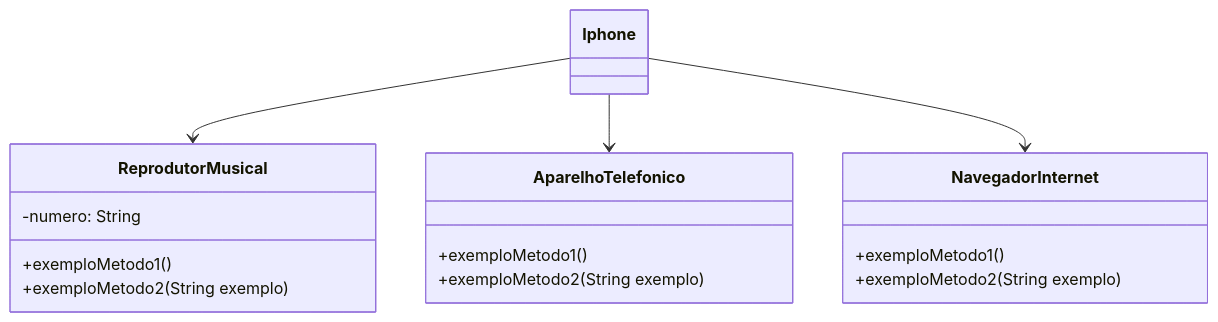
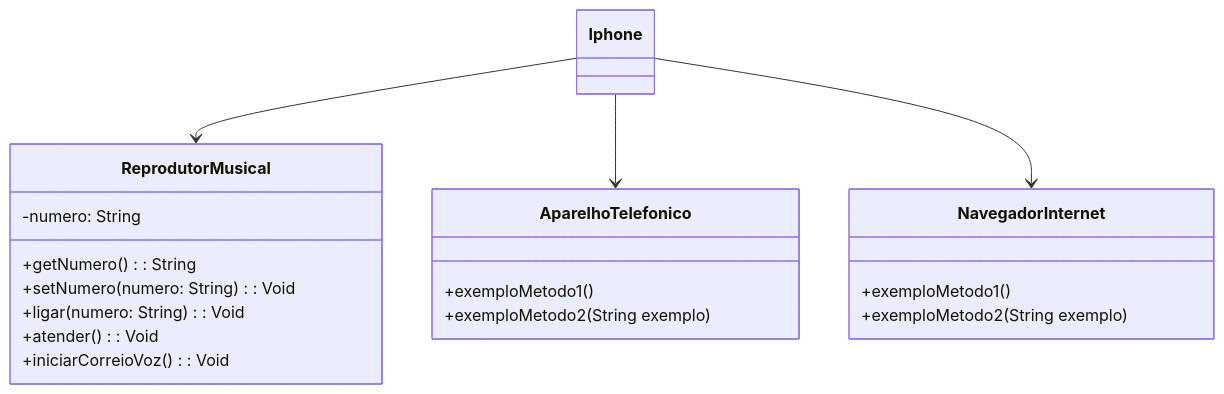
Before and after one commit to ArmandoMartins1/Java-dio-DesafioUML: the diagram in README.md, drawn with Mermaid.

````diff
--- a/README.md
+++ b/README.md
@@ -9,25 +9,28 @@
 ```mermaid
 classDiagram
     class ReprodutorMusical {
         -numero: String
-        +exemploMetodo1()
-        +exemploMetodo2(String exemplo)
+        +getNumero(): String
+        +setNumero(numero: String): Void
+        +ligar(numero: String): Void
+        +atender(): Void
+        +iniciarCorreioVoz(): Void
     }
 
     class AparelhoTelefonico {
         +exemploMetodo1()
         +exemploMetodo2(String exemplo)
     }
 
     class NavegadorInternet {
         +exemploMetodo1()
         +exemploMetodo2(String exemplo)
     }
 
     class Iphone {
     }
 
     Iphone --> ReprodutorMusical
     Iphone --> AparelhoTelefonico
     Iphone --> NavegadorInternet
 ```
````
